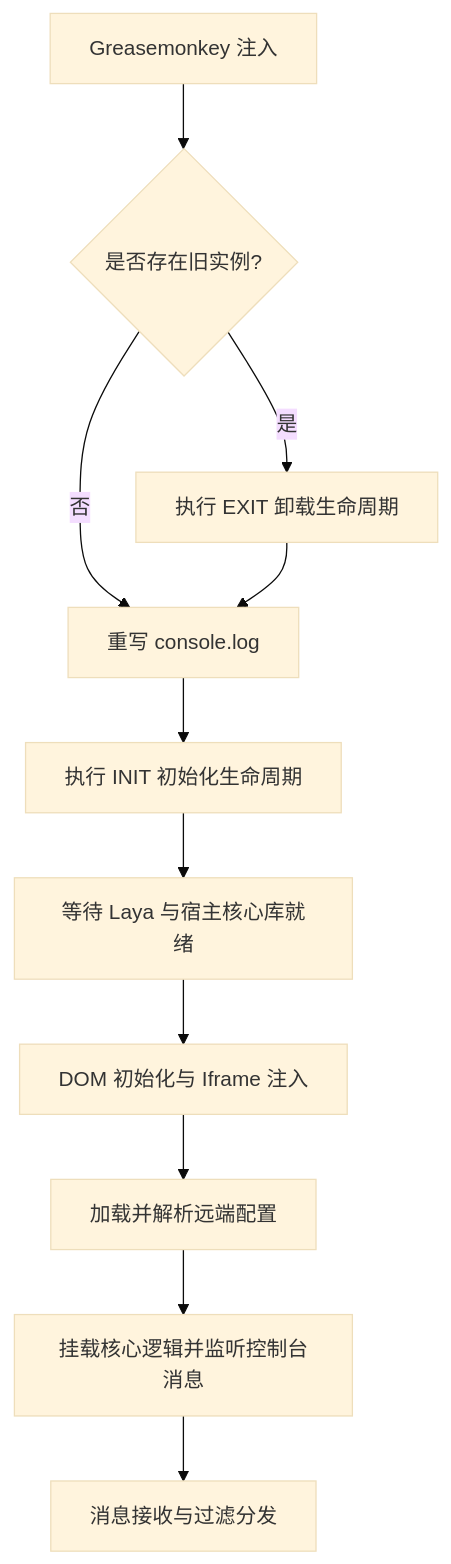
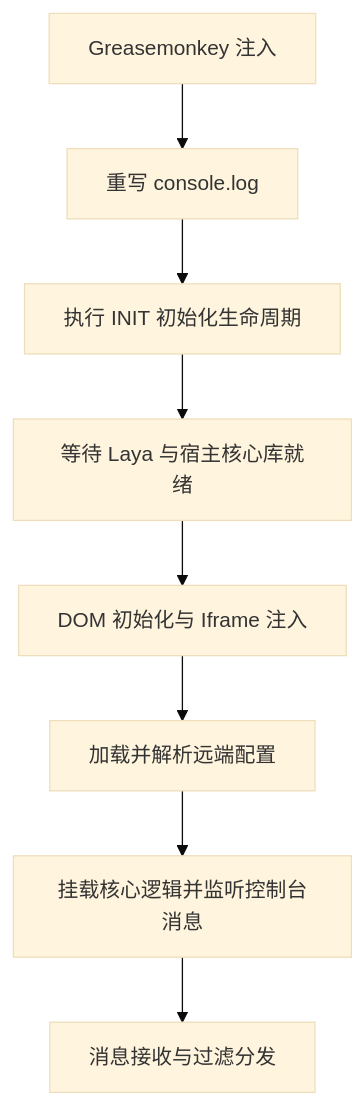
Before and after one commit to llsccm/tracker: the first of 3 diagrams in docs/agents/lifecycle.md, drawn with Mermaid (base theme). The commit also changed other lines of this file and 9 other files, not shown here.

````diff
--- a/docs/agents/lifecycle.md
+++ b/docs/agents/lifecycle.md
@@ -13,13 +13,10 @@
 ```mermaid
 graph TD
-    A[Greasemonkey 注入] --> B{是否存在旧实例?}
-    B -- 是 --> C[执行 EXIT 卸载生命周期]
-    B -- 否 --> D[重写 console.log]
-    C --> D
+    A[Greasemonkey 注入] --> D[重写 console.log]
     D --> E[执行 INIT 初始化生命周期]
     E --> F[等待 Laya 与宿主核心库就绪]
     F --> G[DOM 初始化与 Iframe 注入]
     G --> H[加载并解析远端配置]
     H --> I[挂载核心逻辑并监听控制台消息]
     I --> J[消息接收与过滤分发]
 ```
````
